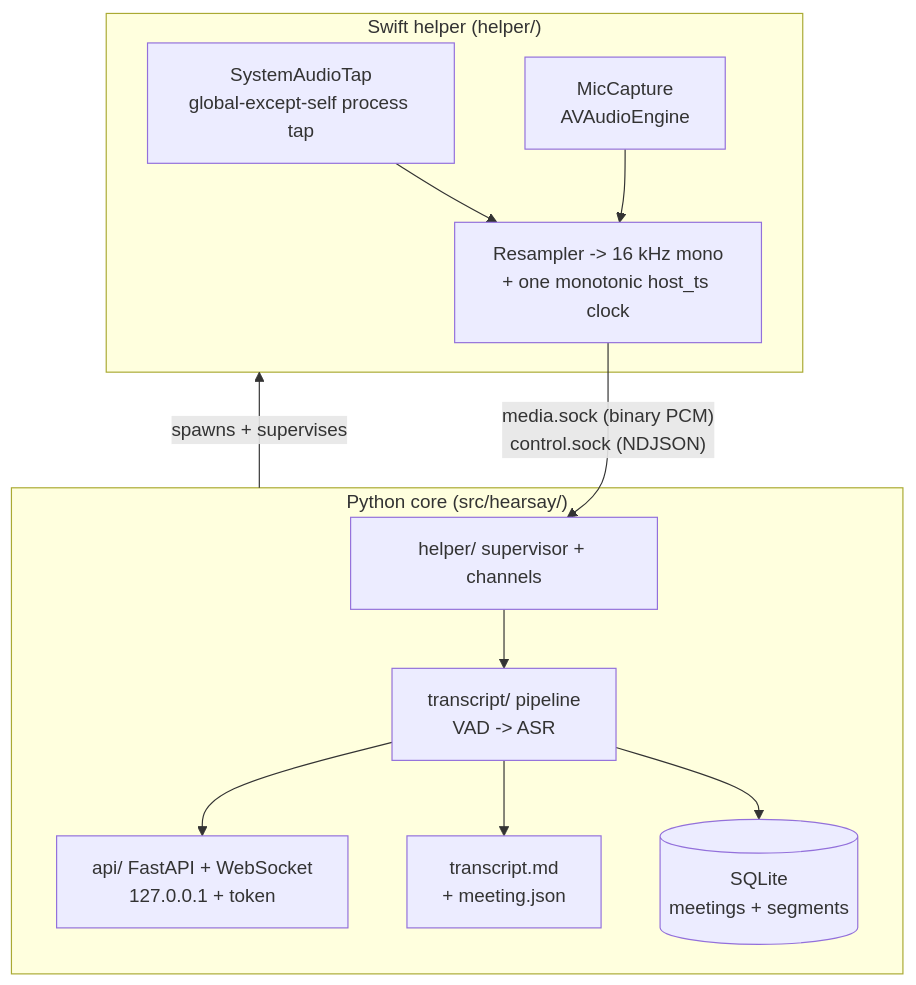
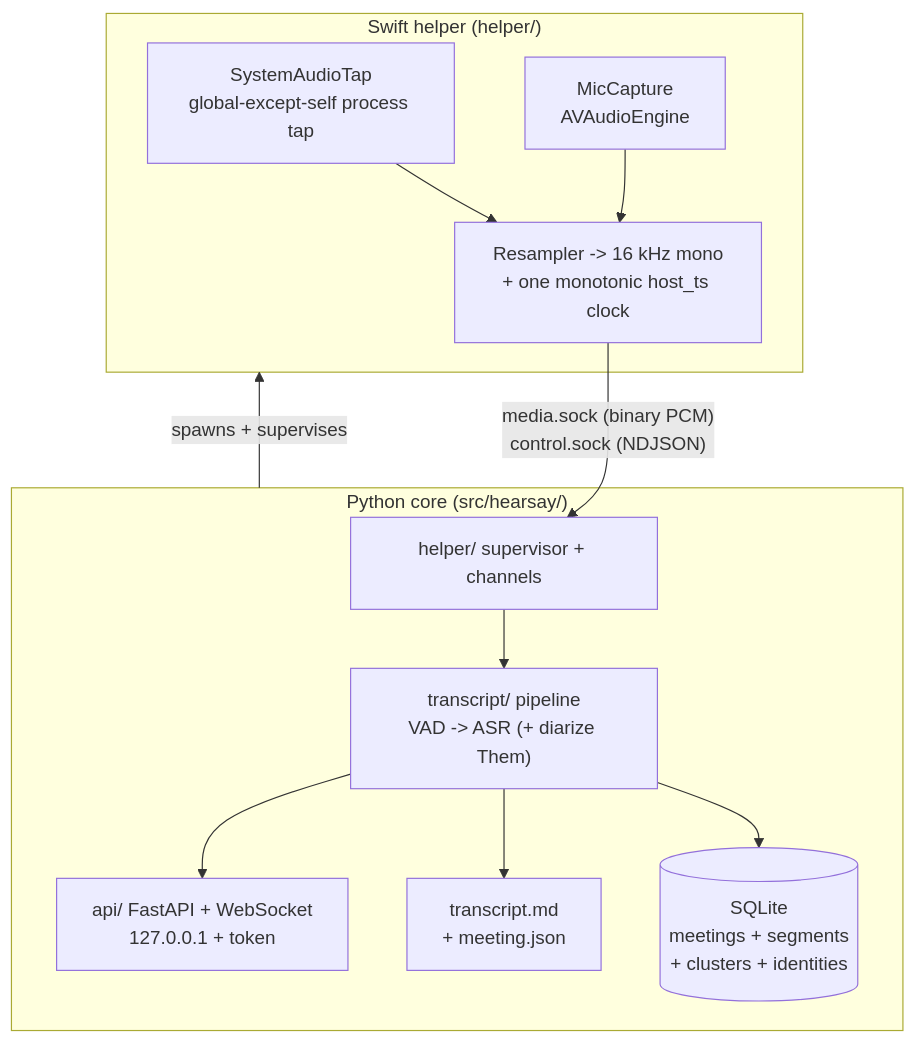
Before and after one commit to rwiseman87/hearsay: the diagram in docs/architecture.md, drawn with Mermaid. The commit also changed other lines of this file and 4 other files, not shown here.

````diff
--- a/docs/architecture.md
+++ b/docs/architecture.md
@@ -19,22 +19,22 @@
 ```mermaid
 flowchart TB
   subgraph Helper["Swift helper (helper/)"]
     Tap["SystemAudioTap\nglobal-except-self process tap"]
     Mic["MicCapture\nAVAudioEngine"]
     Rs["Resampler -> 16 kHz mono\n+ one monotonic host_ts clock"]
     Tap --> Rs
     Mic --> Rs
   end
   subgraph Core["Python core (src/hearsay/)"]
     Sup["helper/ supervisor + channels"]
-    Pipe["transcript/ pipeline\nVAD -> ASR"]
-    DB[("SQLite\nmeetings + segments")]
+    Pipe["transcript/ pipeline\nVAD -> ASR (+ diarize Them)"]
+    DB[("SQLite\nmeetings + segments\n+ clusters + identities")]
     MD["transcript.md\n+ meeting.json"]
     API["api/ FastAPI + WebSocket\n127.0.0.1 + token"]
     Sup --> Pipe --> DB
     Pipe --> MD
     Pipe --> API
   end
   Rs -- "media.sock (binary PCM)\ncontrol.sock (NDJSON)" --> Sup
   Core -- "spawns + supervises" --> Helper
 ```
````
